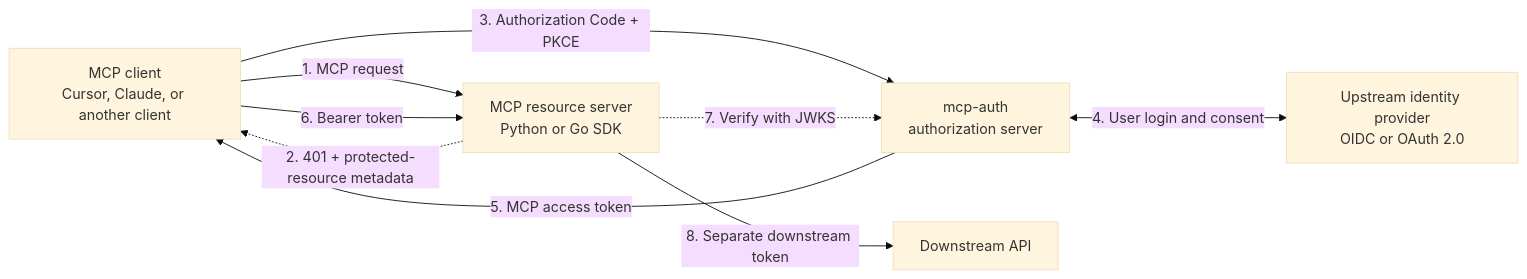
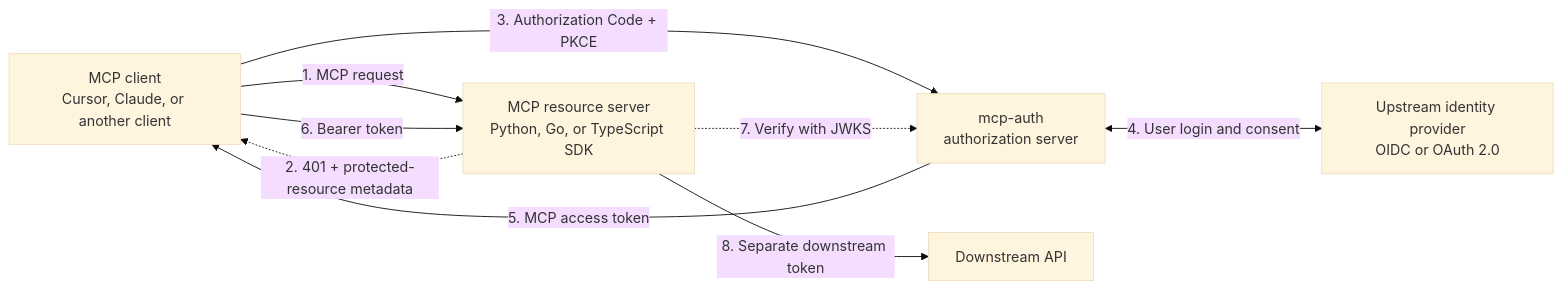
The diagram in README.md (Agent-Hellboy/mcp-auth), drawn with Mermaid (base theme) before and after one commit. The commit also changed other lines of this file and 36 other files, not shown here.

Commit message:
feat: add TypeScript SDK and multi-SDK E2E

````diff
--- a/README.md
+++ b/README.md
@@ -23,17 +37,17 @@
 ```mermaid
 flowchart LR
     client["MCP client<br/>Cursor, Claude, or another client"]
-    resource["MCP resource server<br/>Python or Go SDK"]
+    resource["MCP resource server<br/>Python, Go, or TypeScript SDK"]
     auth["mcp-auth<br/>authorization server"]
     idp["Upstream identity provider<br/>OIDC or OAuth 2.0"]
     api["Downstream API"]
 
     client -->|"1. MCP request"| resource
     resource -.->|"2. 401 + protected-resource metadata"| client
     client -->|"3. Authorization Code + PKCE"| auth
     auth <-->|"4. User login and consent"| idp
     auth -->|"5. MCP access token"| client
     client -->|"6. Bearer token"| resource
     resource -.->|"7. Verify with JWKS"| auth
     resource -->|"8. Separate downstream token"| api
 ```
````
